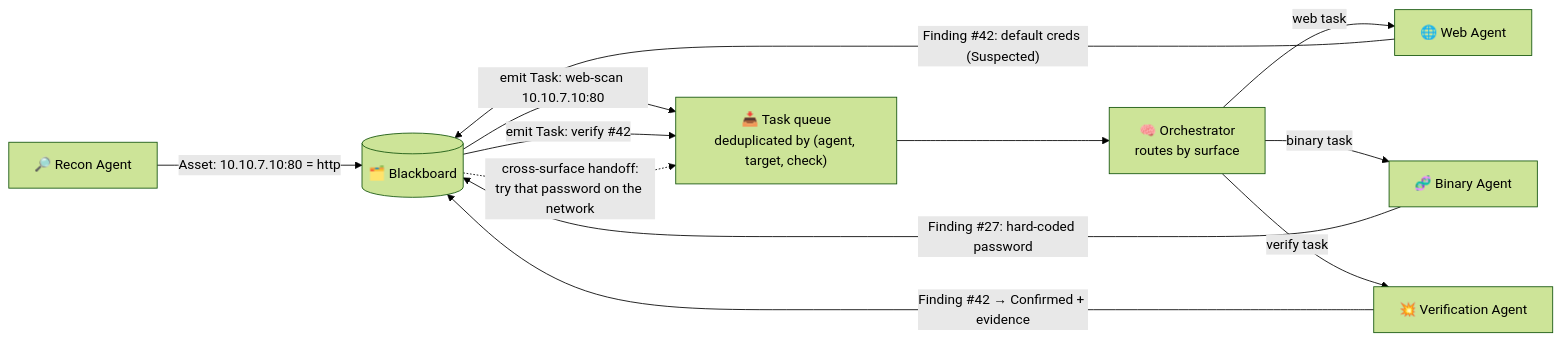
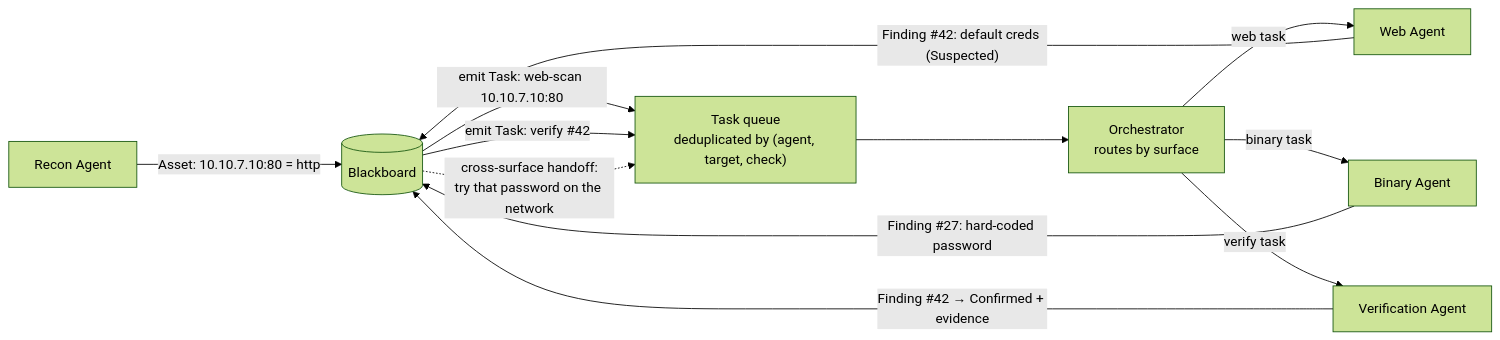
One commit to hrdk6/Mitigata-Hackathon changed the second of 10 diagrams in README.md. Above: the diagram before and after it, drawn with Mermaid (forest theme). The commit also changed other lines of this file and 2 other files, not shown here.

````diff
--- a/README.md
+++ b/README.md
@@ -193,14 +179,14 @@
 ```mermaid
 flowchart LR
-    RECON["🔎 Recon Agent"] -->|"Asset: 10.10.7.10:80 = http"| BB[("🗂️ Blackboard")]
-    BB -->|"emit Task: web-scan 10.10.7.10:80"| Q["📥 Task queue<br/>deduplicated by (agent, target, check)"]
-    Q --> ORCH["🧠 Orchestrator<br/>routes by surface"]
-    ORCH -->|"web task"| WEB["🌐 Web Agent"]
-    ORCH -->|"binary task"| BIN["🧬 Binary Agent"]
+    RECON["Recon Agent"] -->|"Asset: 10.10.7.10:80 = http"| BB[("Blackboard")]
+    BB -->|"emit Task: web-scan 10.10.7.10:80"| Q["Task queue<br/>deduplicated by (agent, target, check)"]
+    Q --> ORCH["Orchestrator<br/>routes by surface"]
+    ORCH -->|"web task"| WEB["Web Agent"]
+    ORCH -->|"binary task"| BIN["Binary Agent"]
     WEB -->|"Finding #42: default creds (Suspected)"| BB
     BB -->|"emit Task: verify #42"| Q
-    ORCH -->|"verify task"| EXP["💥 Verification Agent"]
+    ORCH -->|"verify task"| EXP["Verification Agent"]
     EXP -->|"Finding #42 → Confirmed + evidence"| BB
     BIN -->|"Finding #27: hard-coded password"| BB
     BB -.->|"cross-surface handoff:<br/>try that password on the network"| Q
 ```
````
